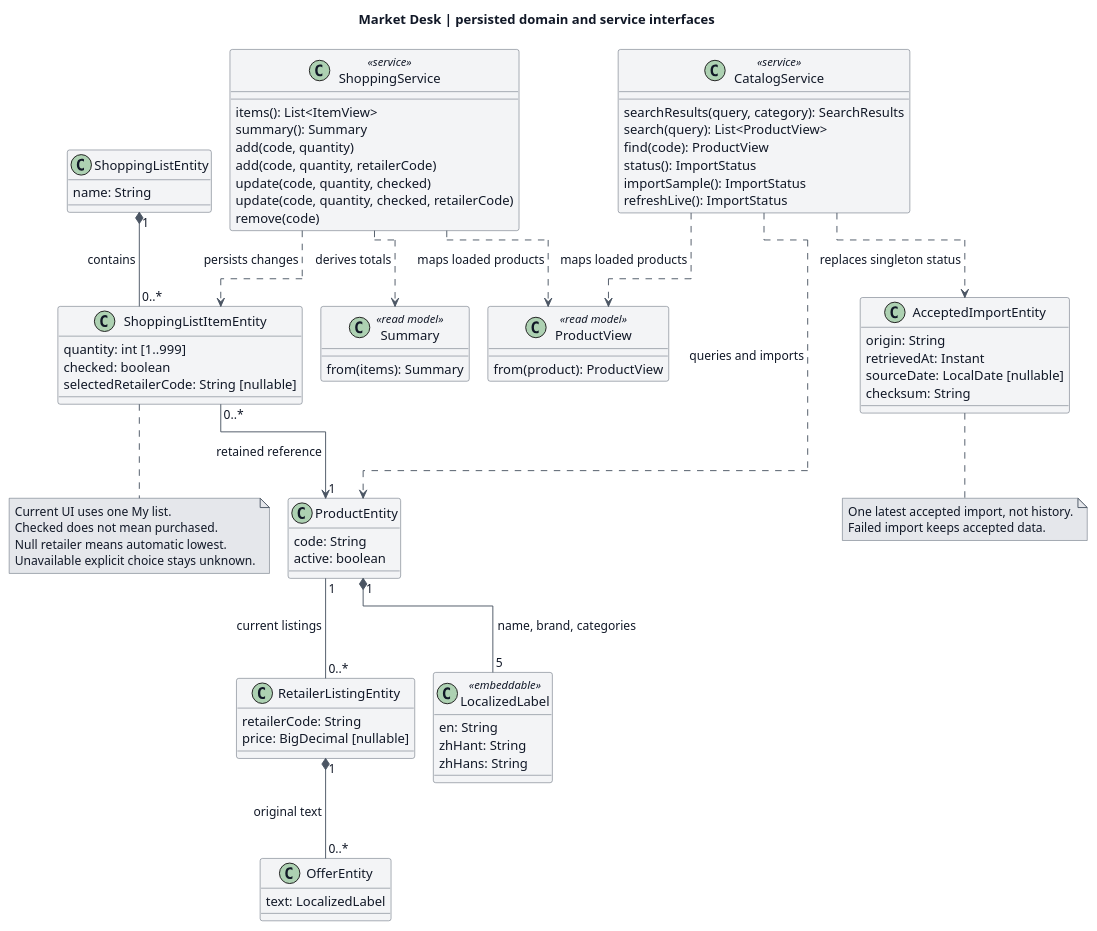
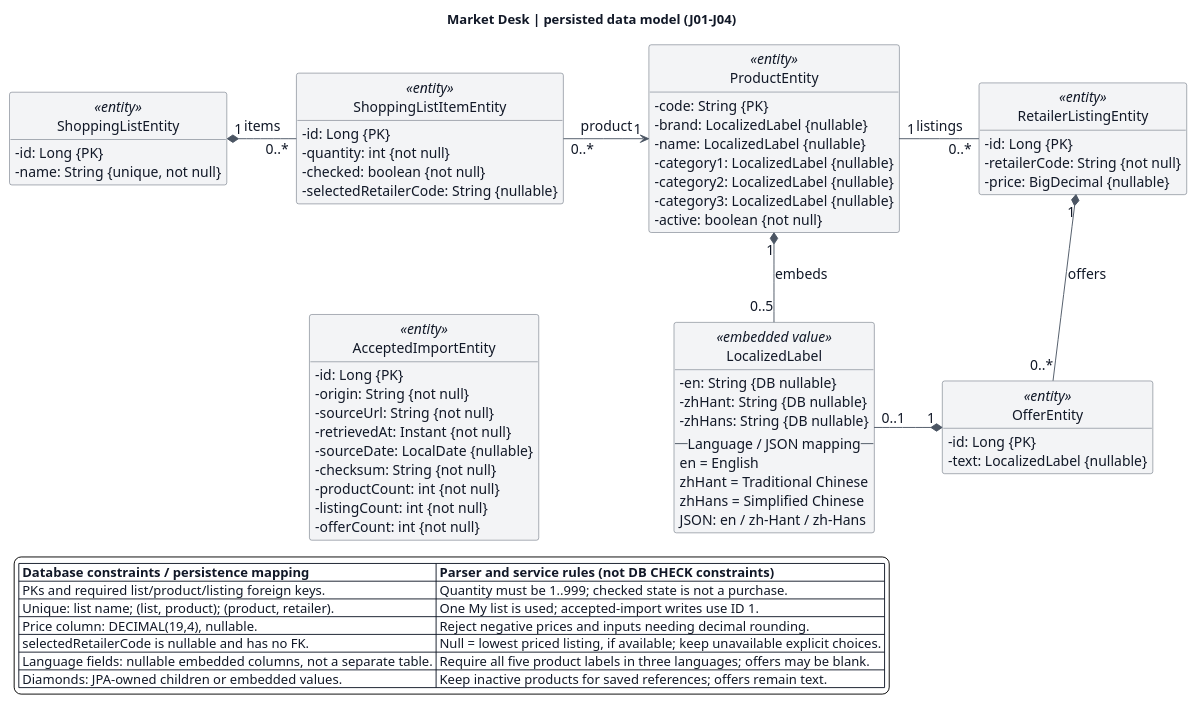
One commit to LamHeiKit230208993/CS3383-Project changed the diagram in docs/diagrams/baseline/class.puml. Above: the diagram before and after it, drawn with PlantUML. The commit also changed 22 other files, not shown here.

Commit message:
fix: improve retailer selection and refresh baseline UML

```diff
--- a/docs/diagrams/baseline/class.puml
+++ b/docs/diagrams/baseline/class.puml
@@ -1,128 +1,92 @@
 @startuml
-skinparam RectangleBackgroundColor #f3f4f6
-skinparam RectangleBorderColor #4b5563
-skinparam RectangleFontColor #111827
-skinparam ComponentBackgroundColor #f3f4f6
-skinparam ComponentBorderColor #4b5563
-skinparam ComponentFontColor #111827
-skinparam ClassBackgroundColor #f3f4f6
-skinparam ClassBorderColor #4b5563
-skinparam ClassFontColor #111827
-skinparam UsecaseBackgroundColor #f3f4f6
-skinparam UsecaseBorderColor #4b5563
-skinparam UsecaseFontColor #111827
-skinparam DatabaseBackgroundColor #f3f4f6
-skinparam DatabaseBorderColor #4b5563
-skinparam DatabaseFontColor #111827
-skinparam NodeBackgroundColor #f3f4f6
-skinparam NodeBorderColor #4b5563
-skinparam NodeFontColor #111827
-skinparam ActorBackgroundColor #f3f4f6
-skinparam ActorBorderColor #4b5563
-skinparam ActorFontColor #111827
-skinparam StateBackgroundColor #f3f4f6
-skinparam StateBorderColor #4b5563
-skinparam StateFontColor #111827
-skinparam ArtifactBackgroundColor #f3f4f6
-skinparam ArtifactBorderColor #4b5563
-skinparam ArtifactFontColor #111827
-skinparam CloudBackgroundColor #f3f4f6
-skinparam CloudBorderColor #4b5563
-skinparam CloudFontColor #111827
-skinparam FolderBackgroundColor #f3f4f6
-skinparam FolderBorderColor #4b5563
-skinparam FolderFontColor #111827
-skinparam PackageBackgroundColor #f3f4f6
-skinparam PackageBorderColor #4b5563
-skinparam DefaultFontColor #111827
-skinparam ArrowColor #4b5563
-skinparam ArrowFontColor #111827
-skinparam NoteBackgroundColor #e5e7eb
-skinparam NoteBorderColor #4b5563
-skinparam NoteFontColor #111827
-skinparam stereotypeABackgroundColor #d4d5d8
-skinparam stereotypeABorderColor #4b5563
-skinparam stereotypeCBackgroundColor #d4d5d8
-skinparam stereotypeCBorderColor #4b5563
-skinparam stereotypeEBackgroundColor #d4d5d8
-skinparam stereotypeEBorderColor #4b5563
-skinparam stereotypeIBackgroundColor #d4d5d8
-skinparam stereotypeIBorderColor #4b5563
-!pragma layout elk
+' Official PlantUML; Print palette. Layout hints do not add model relationships.
 top to bottom direction
-title Market Desk | persisted domain and service interfaces
-class ProductEntity {
-  code: String
-  active: boolean
+skinparam backgroundColor #ffffff
+skinparam defaultFontName Arial
+skinparam defaultFontSize 15
+skinparam defaultFontColor #111827
+skinparam shadowing false
+skinparam classAttributeIconSize 0
+skinparam classBackgroundColor #f3f4f6
+skinparam classBorderColor #4b5563
+skinparam arrowColor #4b5563
+skinparam noteBackgroundColor #e5e7eb
+skinparam noteBorderColor #4b5563
+skinparam nodesep 35
+skinparam ranksep 65
+hide circle
+hide empty methods
+
+title Market Desk | persisted data model (J01-J04)
+
+class ShoppingListEntity <<entity>> {
+  - id: Long {PK}
+  - name: String {unique, not null}
 }
-class LocalizedLabel <<embeddable>> {
-  en: String
-  zhHant: String
-  zhHans: String
+class ShoppingListItemEntity <<entity>> {
+  - id: Long {PK}
+  - quantity: int {not null}
+  - checked: boolean {not null}
+  - selectedRetailerCode: String {nullable}
 }
-class RetailerListingEntity {
-  retailerCode: String
-  price: BigDecimal [nullable]
+class ProductEntity <<entity>> {
+  - code: String {PK}
+  - brand: LocalizedLabel {nullable}
+  - name: LocalizedLabel {nullable}
+  - category1: LocalizedLabel {nullable}
+  - category2: LocalizedLabel {nullable}
+  - category3: LocalizedLabel {nullable}
+  - active: boolean {not null}
 }
-class OfferEntity {
-  text: LocalizedLabel
+class RetailerListingEntity <<entity>> {
+  - id: Long {PK}
+  - retailerCode: String {not null}
+  - price: BigDecimal {nullable}
 }
-class AcceptedImportEntity {
-  origin: String
-  retrievedAt: Instant
-  sourceDate: LocalDate [nullable]
-  checksum: String
+class OfferEntity <<entity>> {
+  - id: Long {PK}
+  - text: LocalizedLabel {nullable}
 }
-class ShoppingListEntity {
-  name: String
+class AcceptedImportEntity <<entity>> {
+  - id: Long {PK}
+  - origin: String {not null}
+  - sourceUrl: String {not null}
+  - retrievedAt: Instant {not null}
+  - sourceDate: LocalDate {nullable}
+  - checksum: String {not null}
+  - productCount: int {not null}
+  - listingCount: int {not null}
+  - offerCount: int {not null}
 }
-class ShoppingListItemEntity {
-  quantity: int [1..999]
-  checked: boolean
-  selectedRetailerCode: String [nullable]
+class LocalizedLabel <<embedded value>> {
+  - en: String {DB nullable}
+  - zhHant: String {DB nullable}
+  - zhHans: String {DB nullable}
+  -- Language / JSON mapping --
+  en = English
+  zhHant = Traditional Chinese
+  zhHans = Simplified Chinese
+  JSON: en / zh-Hant / zh-Hans
 }
-class CatalogService <<service>> {
-  searchResults(query, category): SearchResults
-  search(query): List<ProductView>
-  find(code): ProductView
-  status(): ImportStatus
-  importSample(): ImportStatus
-  refreshLive(): ImportStatus
-}
-class ShoppingService <<service>> {
-  items(): List<ItemView>
-  summary(): Summary
-  add(code, quantity)
-  add(code, quantity, retailerCode)
-  update(code, quantity, checked)
-  update(code, quantity, checked, retailerCode)
-  remove(code)
-}
-ProductEntity "1" *-- "5" LocalizedLabel : name, brand, categories
-ProductEntity "1" -- "0..*" RetailerListingEntity : current listings
-RetailerListingEntity "1" *-- "0..*" OfferEntity : original text
-ShoppingListEntity "1" *-- "0..*" ShoppingListItemEntity : contains
-ShoppingListItemEntity "0..*" --> "1" ProductEntity : retained reference
-CatalogService ..> ProductEntity : queries and imports
-CatalogService ..> AcceptedImportEntity : replaces singleton status
-ShoppingService ..> ShoppingListItemEntity : persists changes
-class ProductView <<read model>> {
-  from(product): ProductView
-}
-class Summary <<read model>> {
-  from(items): Summary
-}
-ShoppingService ..> ProductView : maps loaded products
-CatalogService ..> ProductView : maps loaded products
-ShoppingService ..> Summary : derives totals
-note bottom of AcceptedImportEntity
-  One latest accepted import, not history.
-  Failed import keeps accepted data.
-end note
-note bottom of ShoppingListItemEntity
-  Current UI uses one My list.
-  Checked does not mean purchased.
-  Null retailer means automatic lowest.
-  Unavailable explicit choice stays unknown.
-end note
+
+ShoppingListEntity "1" *-right- "0..*" ShoppingListItemEntity : items
+ShoppingListItemEntity "0..*" -right-> "1" ProductEntity : product
+ProductEntity "1" -right- "0..*" RetailerListingEntity : listings
+ProductEntity "1" *-down- "0..5" LocalizedLabel : embeds
+RetailerListingEntity "1" *-down- "0..*" OfferEntity : offers
+OfferEntity "1" *-left- "0..1" LocalizedLabel
+
+' Arrange the independent metadata record below the list; no foreign key implied.
+ShoppingListEntity -[hidden]down-> AcceptedImportEntity
+AcceptedImportEntity -[hidden]right-> LocalizedLabel
+
+legend bottom left
+  |= Database constraints / persistence mapping |= Parser and service rules (not DB CHECK constraints) |
+  | PKs and required list/product/listing foreign keys. | Quantity must be 1..999; checked state is not a purchase. |
+  | Unique: list name; (list, product); (product, retailer). | One My list is used; accepted-import writes use ID 1. |
+  | Price column: DECIMAL(19,4), nullable. | Reject negative prices and inputs needing decimal rounding. |
+  | selectedRetailerCode is nullable and has no FK. | Null = lowest priced listing, if available; keep unavailable explicit choices. |
+  | Language fields: nullable embedded columns, not a separate table. | Require all five product labels in three languages; offers may be blank. |
+  | Diamonds: JPA-owned children or embedded values. | Keep inactive products for saved references; offers remain text. |
+endlegend
 @enduml
```
